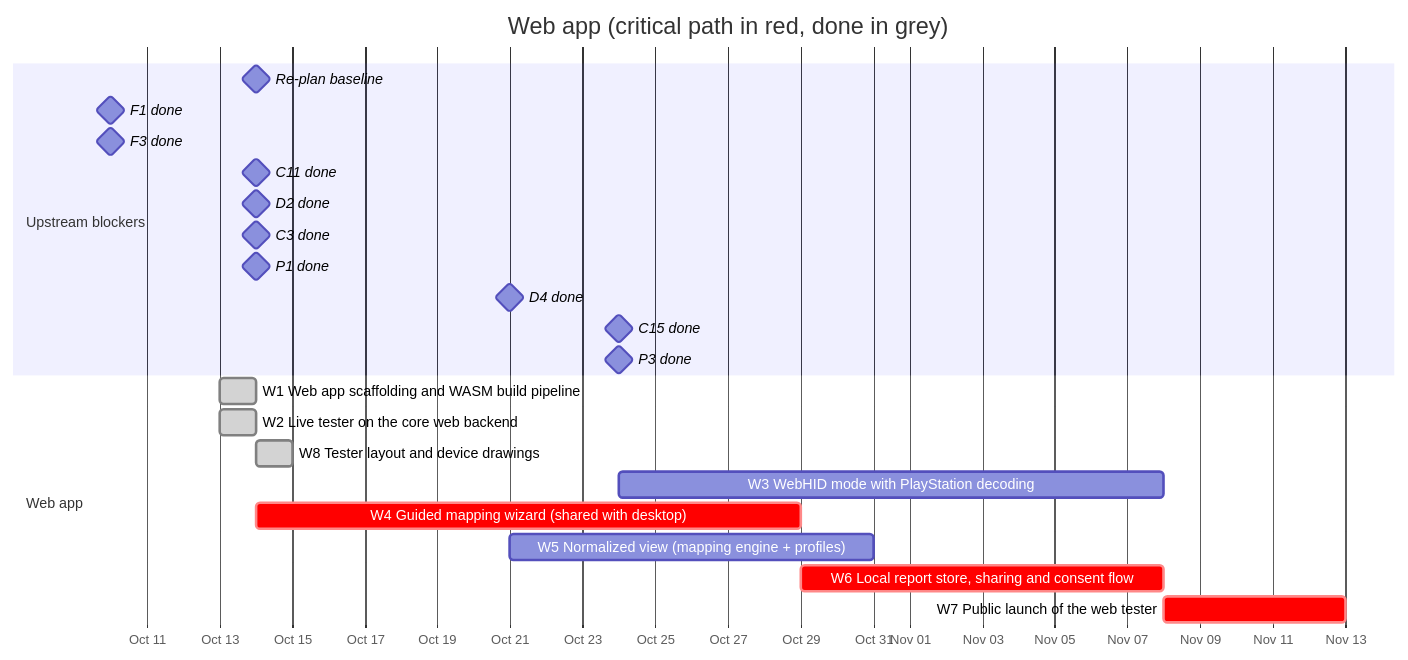
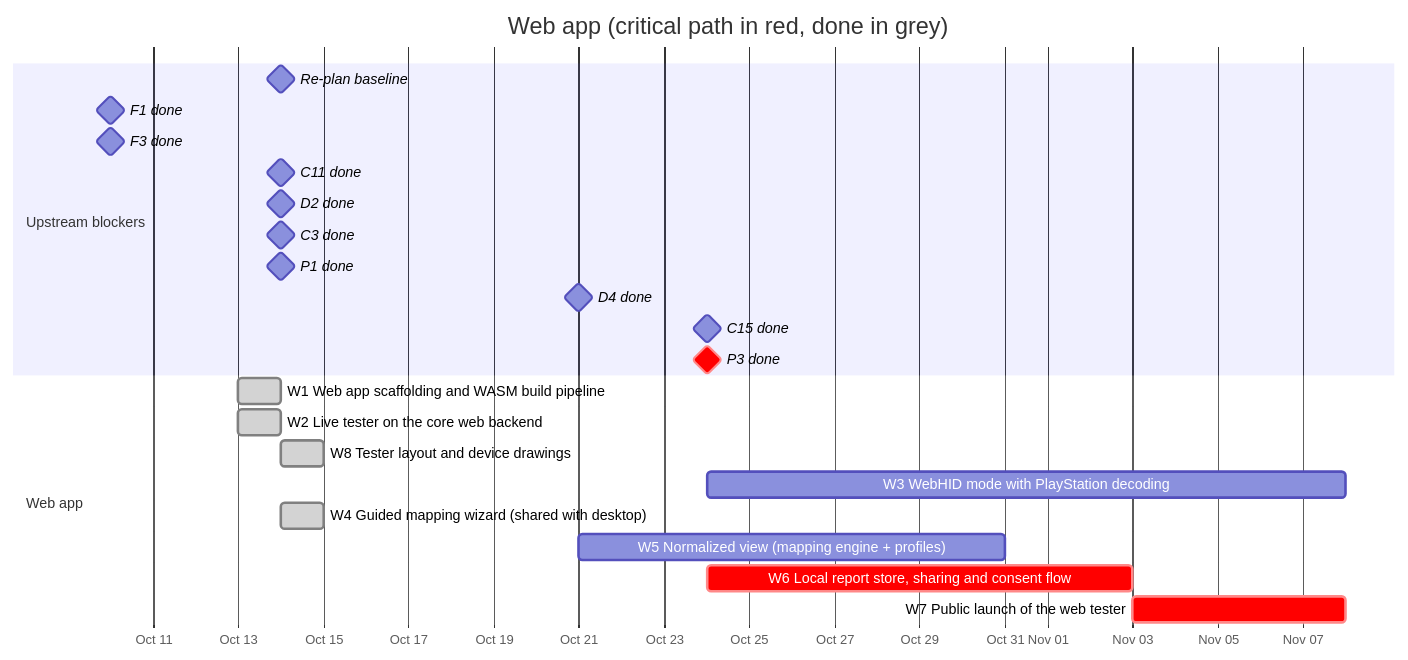
The diagram in ROADMAP/2026-10-14/04-web-app.md (anygamepad/anygamepad.github.io), drawn with Mermaid before and after one commit. The commit also changed other lines of this file and 28 other files, not shown here.

````diff
--- a/ROADMAP/2026-10-14/04-web-app.md
+++ b/ROADMAP/2026-10-14/04-web-app.md
@@ -21,26 +21,26 @@
 ```mermaid
 gantt
     dateFormat YYYY-MM-DD
     axisFormat %b %d
     title Web app (critical path in red, done in grey)
     section Upstream blockers
     Re-plan baseline :milestone, t0, 2026-10-14, 0d
     F1 done :milestone, f1, 2026-10-10, 0d
     F3 done :milestone, f3, 2026-10-10, 0d
     C11 done :milestone, c11, 2026-10-14, 0d
     D2 done :milestone, d2, 2026-10-14, 0d
     C3 done :milestone, c3, 2026-10-14, 0d
     P1 done :milestone, p1, 2026-10-14, 0d
     D4 done :milestone, d4, 2026-10-21, 0d
     C15 done :milestone, c15, 2026-10-24, 0d
-    P3 done :milestone, p3, 2026-10-24, 0d
+    P3 done :milestone, crit, p3, 2026-10-24, 0d
     section Web app
     W1 Web app scaffolding and WASM build pipeline :done, w1, 2026-10-13, 1d
     W2 Live tester on the core web backend :done, w2, 2026-10-13, 1d
     W8 Tester layout and device drawings :done, w8, 2026-10-14, 1d
     W3 WebHID mode with PlayStation decoding :w3, after w2 c15 w8, 15d
-    W4 Guided mapping wizard (shared with desktop) :crit, w4, after w2 t0, 15d
+    W4 Guided mapping wizard (shared with desktop) :done, w4, 2026-10-14, 1d
     W5 Normalized view (mapping engine + profiles) :w5, after w2 c3 d2 d4, 10d
     W6 Local report store, sharing and consent flow :crit, w6, after w4 p1 p3, 10d
     W7 Public launch of the web tester :crit, w7, after w5 w6, 5d
 ```
````
